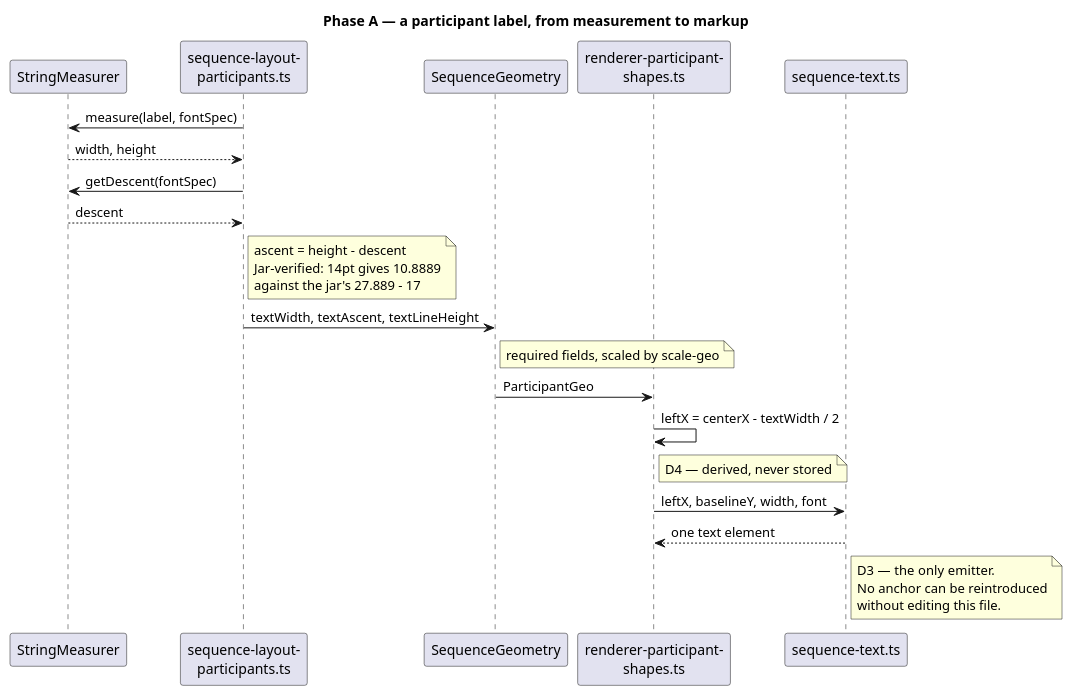
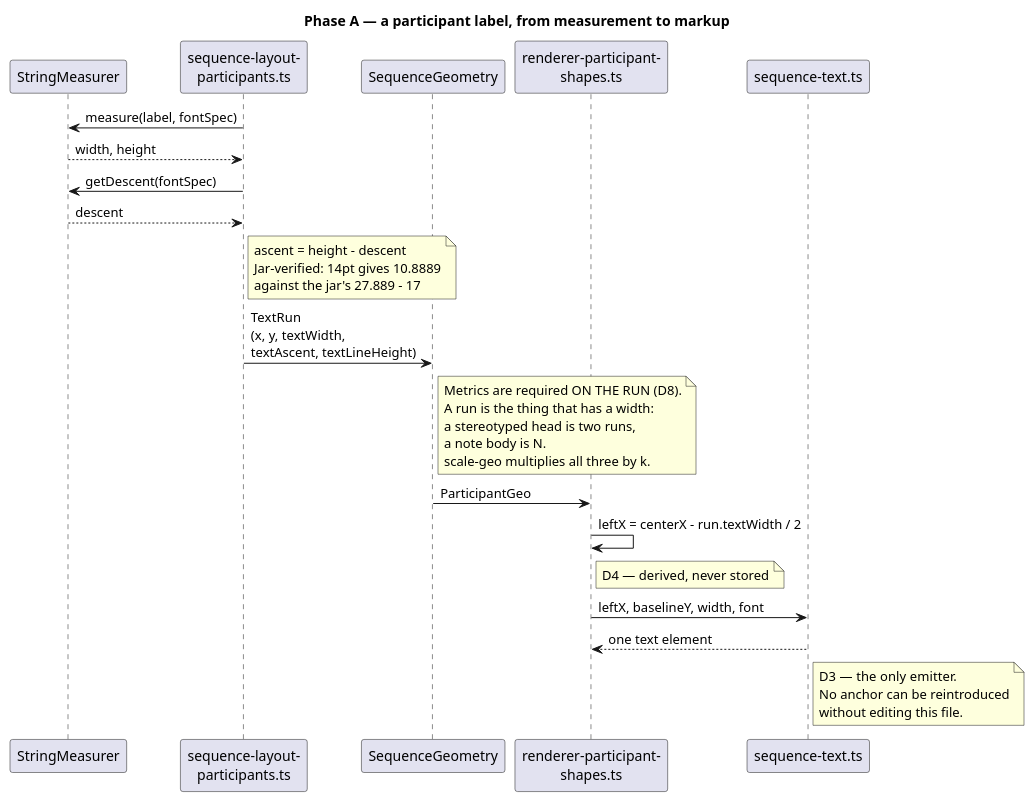
Before and after one commit to knowvah/plantuml-ts: the first of 2 diagrams in plans/sequence-text-and-y-convergence/diagrams/data-flow.md, drawn with PlantUML. The commit also changed other lines of this file and 12 other files, not shown here.

First line of the commit message:
docs(plan): rewrite batch 2 against the TextRun metric contract

````diff
--- a/plans/sequence-text-and-y-convergence/diagrams/data-flow.md
+++ b/plans/sequence-text-and-y-convergence/diagrams/data-flow.md
@@ -7,34 +11,40 @@
 ```plantuml
 @startuml
 title Phase A — a participant label, from measurement to markup
 
 participant "StringMeasurer" as M
 participant "sequence-layout-\nparticipants.ts" as L
 participant "SequenceGeometry" as G
 participant "renderer-participant-\nshapes.ts" as R
 participant "sequence-text.ts" as T
 
 L -> M : measure(label, fontSpec)
 M --> L : width, height
 L -> M : getDescent(fontSpec)
 M --> L : descent
 note right of L
   ascent = height - descent
   Jar-verified: 14pt gives 10.8889
   against the jar's 27.889 - 17
 end note
 
-L -> G : textWidth, textAscent, textLineHeight
-note right of G : required fields, scaled by scale-geo
+L -> G : TextRun\n(x, y, textWidth,\ntextAscent, textLineHeight)
+note right of G
+  Metrics are required ON THE RUN (D8).
+  A run is the thing that has a width:
+  a stereotyped head is two runs,
+  a note body is N.
+  scale-geo multiplies all three by k.
+end note
 G -> R : ParticipantGeo
-R -> R : leftX = centerX - textWidth / 2
+R -> R : leftX = centerX - run.textWidth / 2
 note right of R : D4 — derived, never stored
 R -> T : leftX, baselineY, width, font
 T --> R : one text element
 note right of T
   D3 — the only emitter.
   No anchor can be reintroduced
   without editing this file.
 end note
 @enduml
 ```
````
